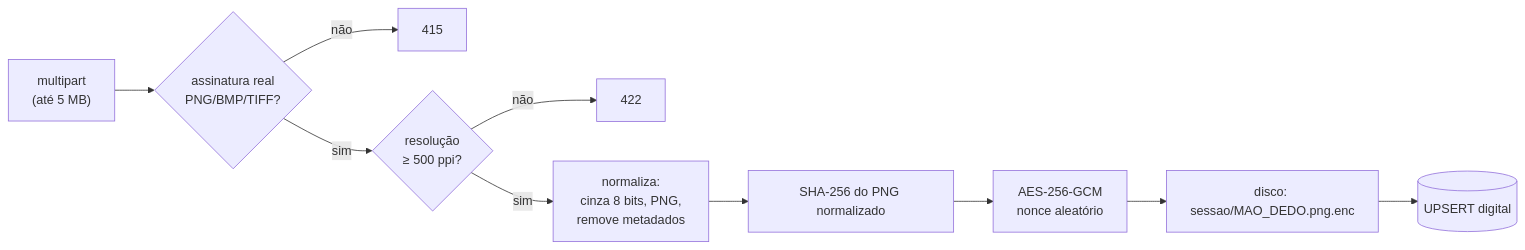
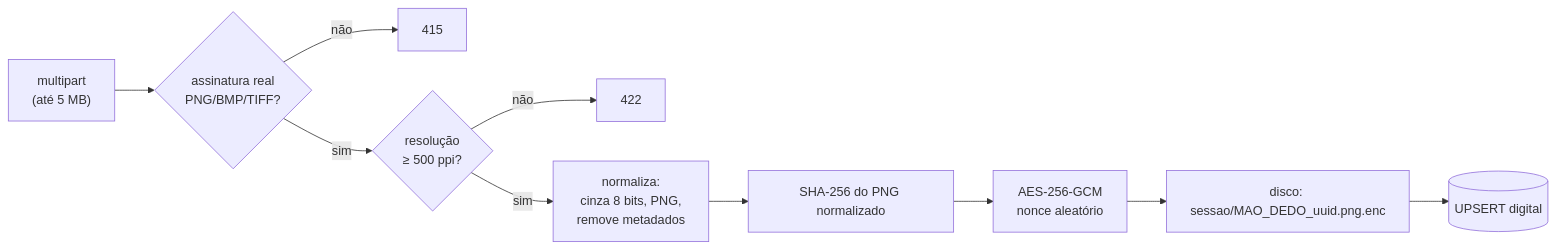
One commit to NicolasDamasceno/TCC-Dermatoglifa-TEA changed the third of 3 diagrams in documentacao/08-back-end.md. Above: the diagram before and after it, drawn with Mermaid. The commit also changed other lines of this file and 4 other files, not shown here.

````diff
--- a/documentacao/08-back-end.md
+++ b/documentacao/08-back-end.md
@@ -256,12 +277,12 @@
 ```mermaid
 flowchart LR
     U["multipart<br/>(até 5 MB)"] --> F{"assinatura real<br/>PNG/BMP/TIFF?"}
     F -- não --> E415[415]
     F -- sim --> R{"resolução<br/>≥ 500 ppi?"}
     R -- não --> E422[422]
     R -- sim --> N["normaliza:<br/>cinza 8 bits, PNG,<br/>remove metadados"]
     N --> H[SHA-256 do PNG normalizado]
     H --> C["AES-256-GCM<br/>nonce aleatório"]
-    C --> D["disco: sessao/MAO_DEDO.png.enc"]
+    C --> D["disco: sessao/MAO_DEDO_uuid.png.enc"]
     D --> B[(UPSERT digital)]
 ```
````
